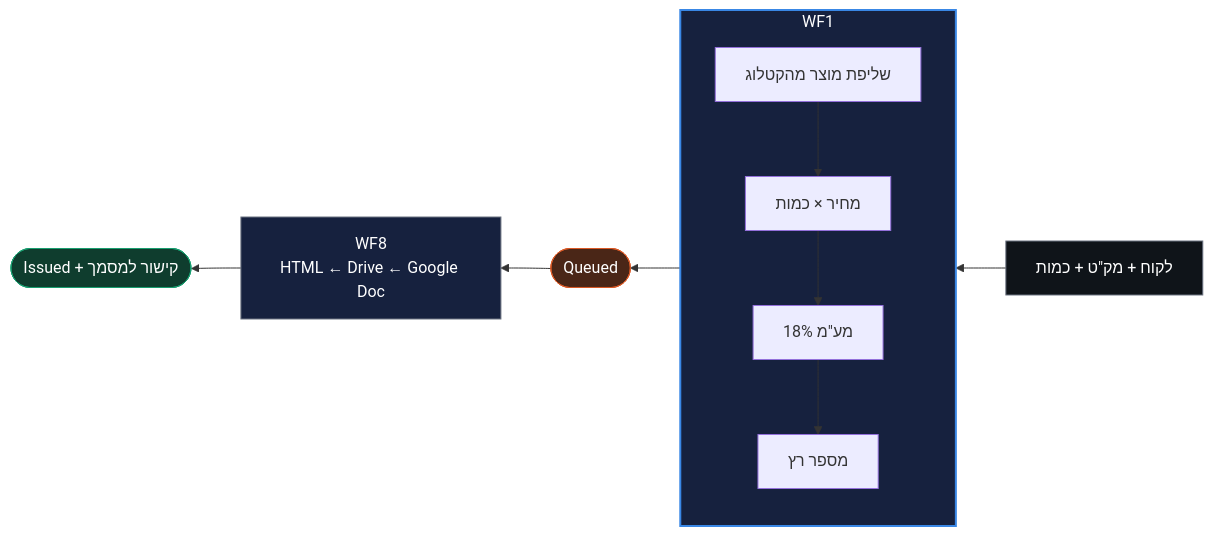
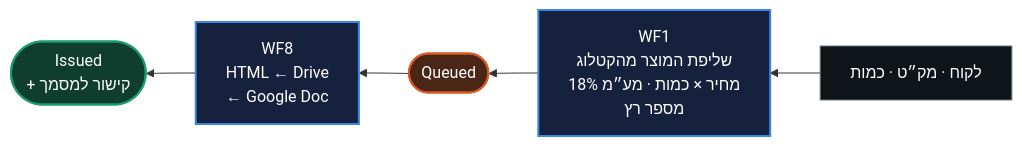
One commit to nazulay4-wq/erp-ai-n8n changed the third of 3 diagrams in README.md. Above: the diagram before and after it, drawn with Mermaid. The commit also changed other lines of this file and 16 other files, not shown here.

````diff
--- a/README.md
+++ b/README.md
@@ -133,17 +177,13 @@
 ```mermaid
 flowchart RL
-    IN["לקוח + מק&quot;ט + כמות"] --> W1
-    subgraph W1["WF1"]
-        direction TB
-        L["שליפת מוצר מהקטלוג"] --> P["מחיר × כמות"] --> V["מע&quot;מ 18%"] --> NUM["מספר רץ"]
-    end
+    IN["לקוח · מק״ט · כמות"] --> W1["WF1<br/>שליפת המוצר מהקטלוג<br/>מחיר × כמות · מע״מ 18%<br/>מספר רץ"]
     W1 --> Q(["Queued"])
-    Q --> W8["WF8<br/>HTML ← Drive ← Google Doc"]
-    W8 --> I(["Issued + קישור למסמך"])
+    Q --> W8["WF8<br/>HTML ← Drive<br/>← Google Doc"]
+    W8 --> I(["Issued<br/>+ קישור למסמך"])
 
+    style IN fill:#0f1419,stroke:#6b7280,color:#fff
     style W1 fill:#16213e,stroke:#3987e5,stroke-width:2px,color:#fff
-    style Q fill:#4a2617,stroke:#d95926,color:#fff
-    style I fill:#0f3d2e,stroke:#199e70,color:#fff
-    style W8 fill:#16213e,stroke:#6b7280,color:#fff
-    style IN fill:#0f1419,stroke:#6b7280,color:#fff
+    style W8 fill:#16213e,stroke:#3987e5,stroke-width:2px,color:#fff
+    style Q fill:#4a2617,stroke:#d95926,stroke-width:2px,color:#fff
+    style I fill:#0f3d2e,stroke:#199e70,stroke-width:2px,color:#fff
 ```
````
